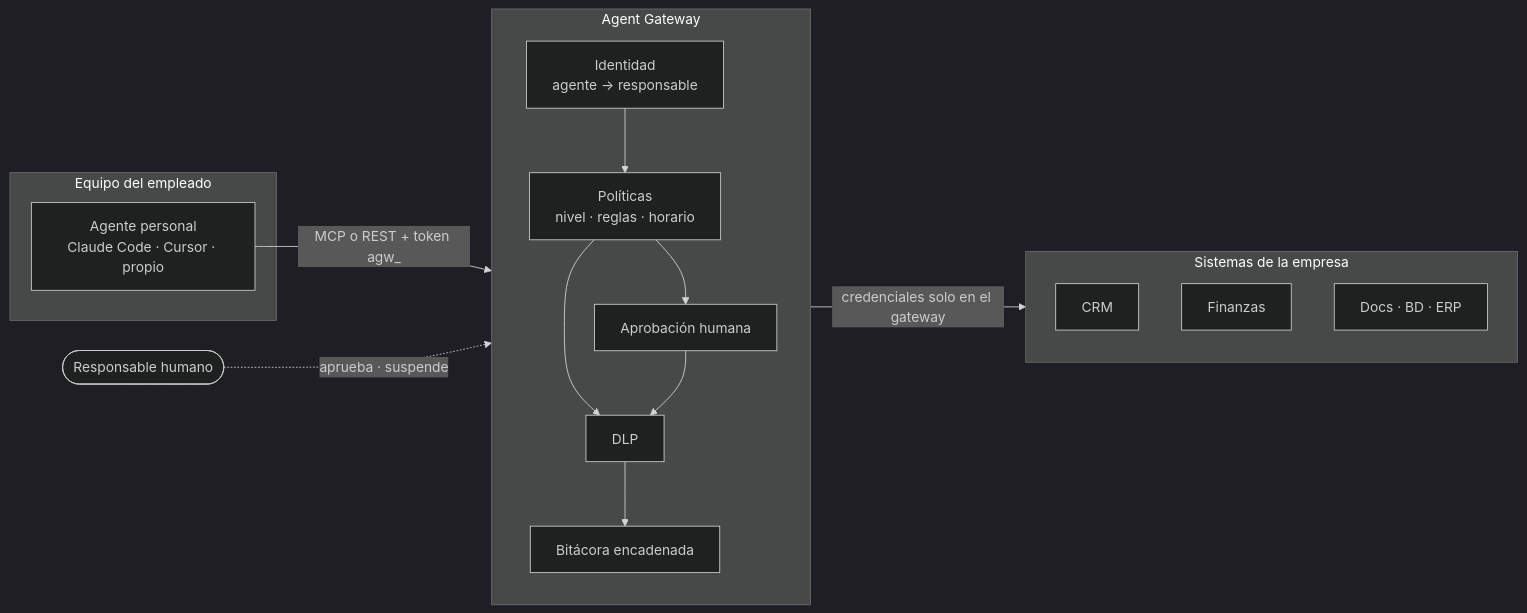
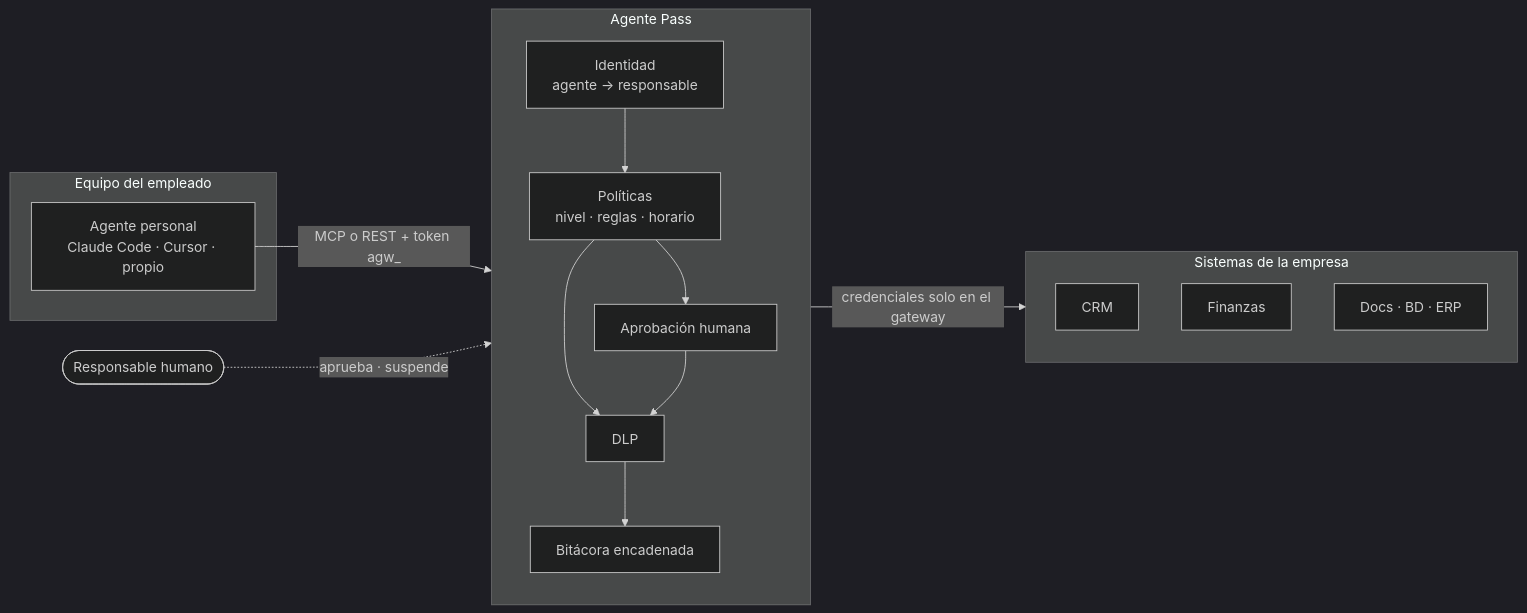
The diagram in README.md (nachodev10/agent-gateway), drawn with Mermaid (dark theme) before and after one commit. The commit also changed other lines of this file and 11 other files, not shown here.

First line of the commit message:
El producto pasa a llamarse Agente Pass

````diff
--- a/README.md
+++ b/README.md
@@ -13,22 +13,22 @@
 ```mermaid
 flowchart LR
   subgraph EMP["Equipo del empleado"]
     A["Agente personal<br/>Claude Code · Cursor · propio"]
   end
-  subgraph GW["Agent Gateway"]
+  subgraph GW["Agente Pass"]
     direction TB
     I["Identidad<br/>agente → responsable"] --> P["Políticas<br/>nivel · reglas · horario"]
     P --> H["Aprobación humana"]
     P --> D["DLP"]
     H --> D
     D --> L["Bitácora encadenada"]
   end
   subgraph SIS["Sistemas de la empresa"]
     C1["CRM"]
     C2["Finanzas"]
     C3["Docs · BD · ERP"]
   end
   A -- "MCP o REST + token agw_" --> I
   D -- "credenciales solo en el gateway" --> SIS
   R(["Responsable humano"]) -. "aprueba · suspende" .-> H
 ```
````
